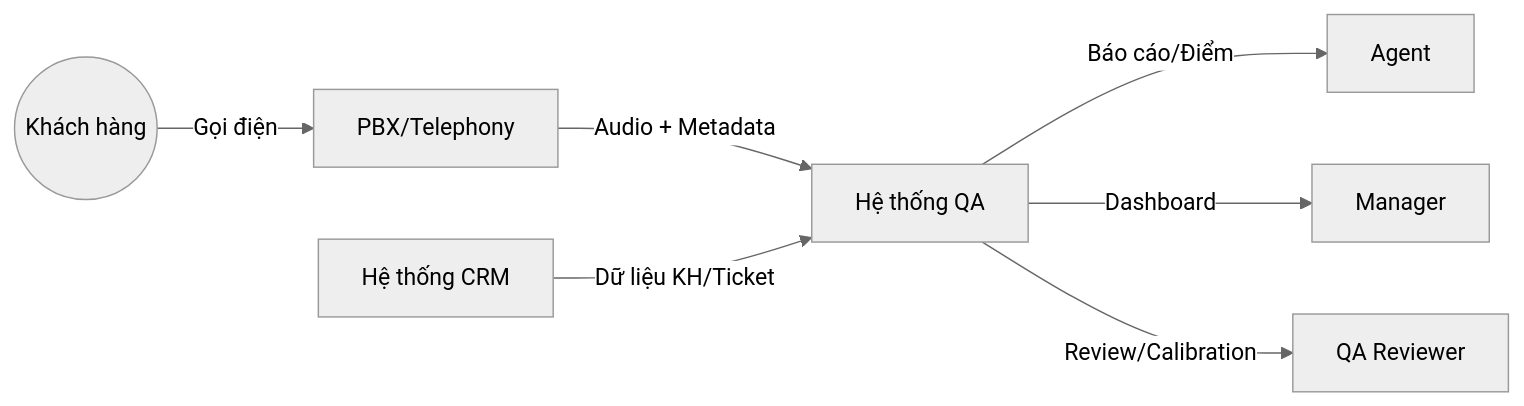
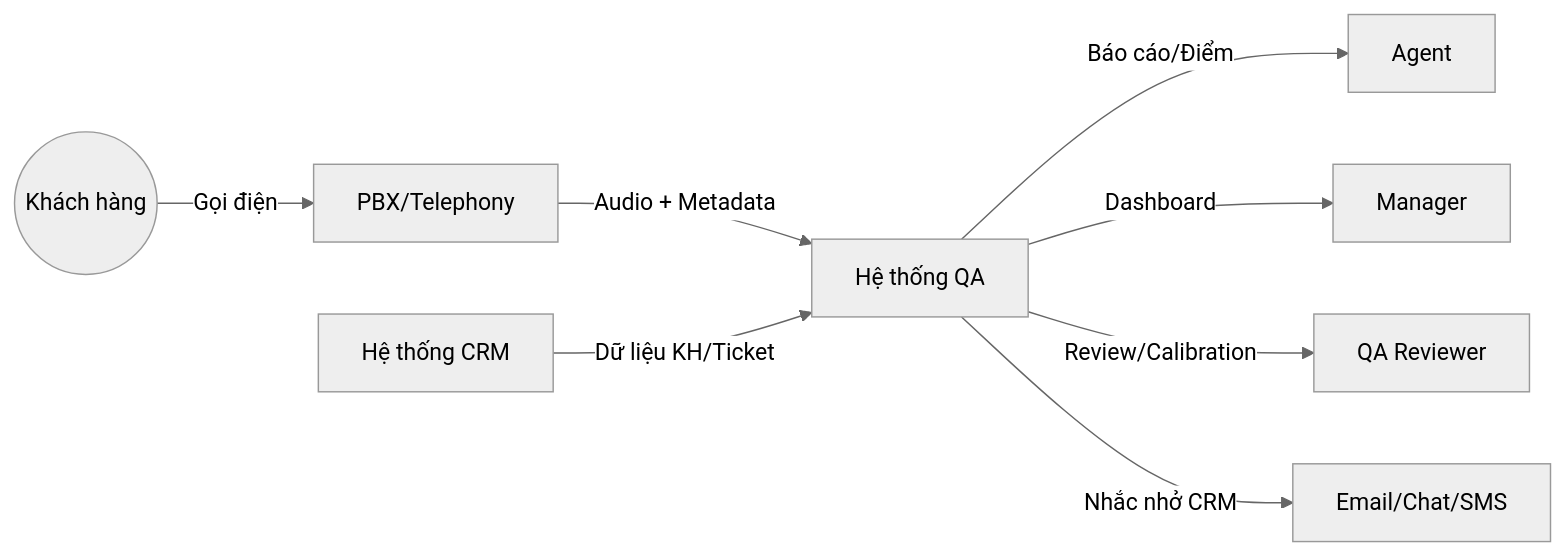
One commit to newbiecodeDCV/Ph-n_t-ch_h-_th-ng changed the first of 3 diagrams in mo-hinh-he-thong/dfd/DFD_Overview.md. Above: the diagram before and after it, drawn with Mermaid (neutral theme). The commit also changed other lines of this file and 27 other files, not shown here.

````diff
--- a/mo-hinh-he-thong/dfd/DFD_Overview.md
+++ b/mo-hinh-he-thong/dfd/DFD_Overview.md
@@ -3,9 +3,10 @@
 ```mermaid
 graph LR
   Customer((Khách hàng)) -- Gọi điện --> PBX[PBX/Telephony]
   PBX -- Audio + Metadata --> QA[Hệ thống QA]
   CRM[Hệ thống CRM] -- Dữ liệu KH/Ticket --> QA
   QA -- Báo cáo/Điểm --> Agent[Agent]
   QA -- Dashboard --> Manager[Manager]
   QA -- Review/Calibration --> QAReviewer[QA Reviewer]
+  QA -- Nhắc nhở CRM --> Notification[Email/Chat/SMS]
 ```
````
